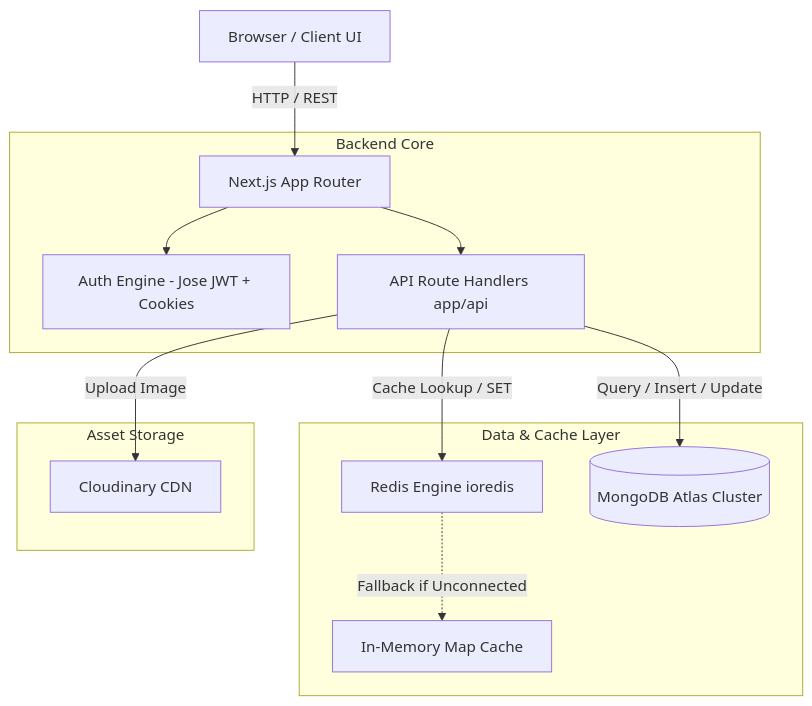
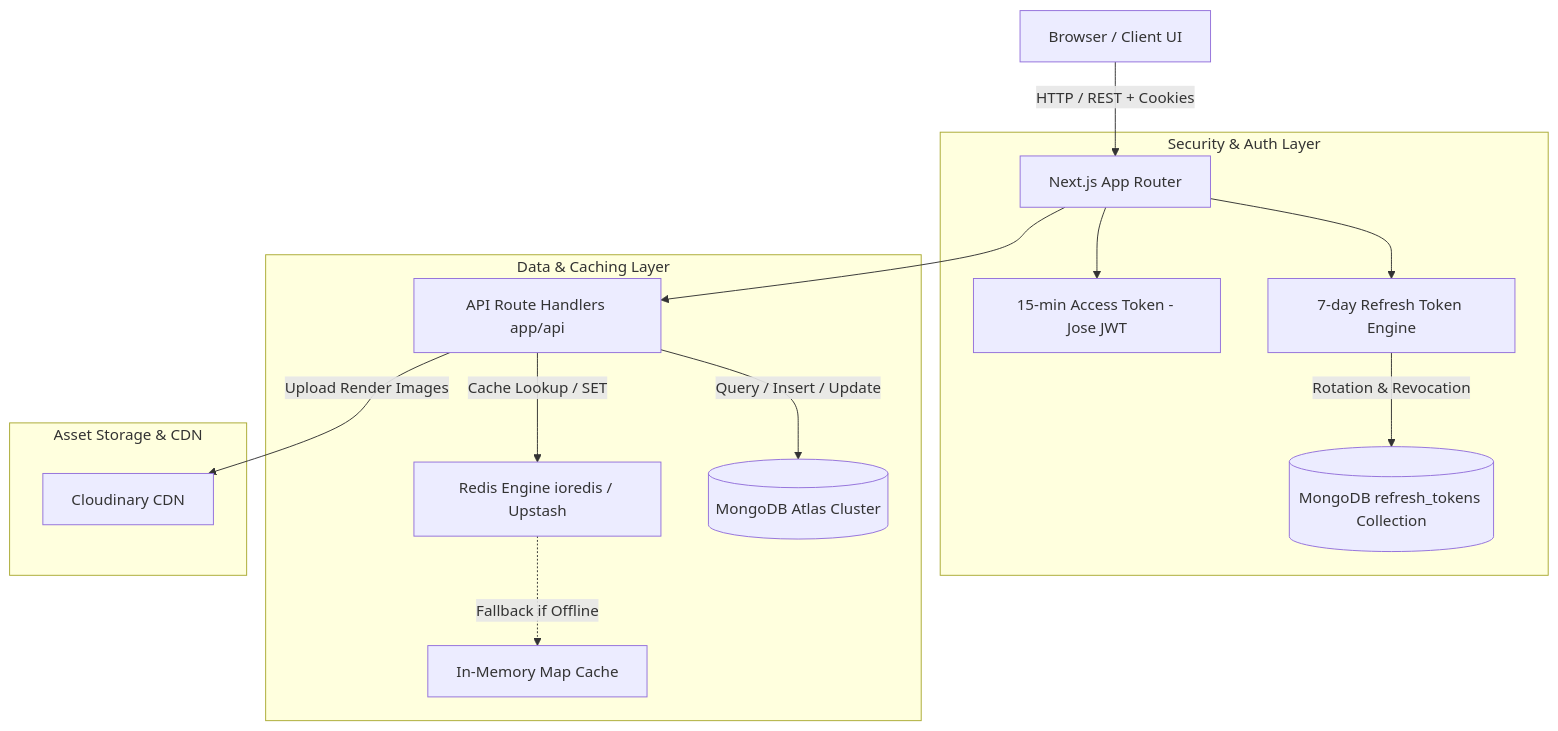
One commit to Usmankhalid20/trending-Prompt- changed the diagram in docs/02-architecture-and-tech-stack.md. Above: the diagram before and after it, drawn with Mermaid. The commit also changed other lines of this file and 5 other files, not shown here.

Commit message:
docs: update technical documentation covering dual-token auth, landing revamp, and architecture

````diff
--- a/docs/02-architecture-and-tech-stack.md
+++ b/docs/02-architecture-and-tech-stack.md
@@ -7,19 +7,21 @@
 ```mermaid
 flowchart TD
-    Client[Browser / Client UI] -->|HTTP / REST| NextApp[Next.js App Router]
+    Client[Browser / Client UI] -->|HTTP / REST + Cookies| NextApp[Next.js App Router]
     
-    subgraph Backend Core
-        NextApp --> Auth[Auth Engine - Jose JWT + Cookies]
-        NextApp --> API[API Route Handlers app/api]
+    subgraph Security & Auth Layer
+        NextApp --> AccessJWT[15-min Access Token - Jose JWT]
+        NextApp --> RefreshEngine[7-day Refresh Token Engine]
+        RefreshEngine -->|Rotation & Revocation| DBTokens[(MongoDB refresh_tokens Collection)]
     end
     
-    subgraph Data & Cache Layer
-        API -->|Cache Lookup / SET| Redis[Redis Engine ioredis]
-        Redis -.->|Fallback if Unconnected| MemoryCache[In-Memory Map Cache]
+    subgraph Data & Caching Layer
+        NextApp --> API[API Route Handlers app/api]
+        API -->|Cache Lookup / SET| Redis[Redis Engine ioredis / Upstash]
+        Redis -.->|Fallback if Offline| MemoryCache[In-Memory Map Cache]
         API -->|Query / Insert / Update| MongoDB[(MongoDB Atlas Cluster)]
     end
 
-    subgraph Asset Storage
-        API -->|Upload Image| Cloudinary[Cloudinary CDN]
+    subgraph Asset Storage & CDN
+        API -->|Upload Render Images| Cloudinary[Cloudinary CDN]
     end
 ```
````
